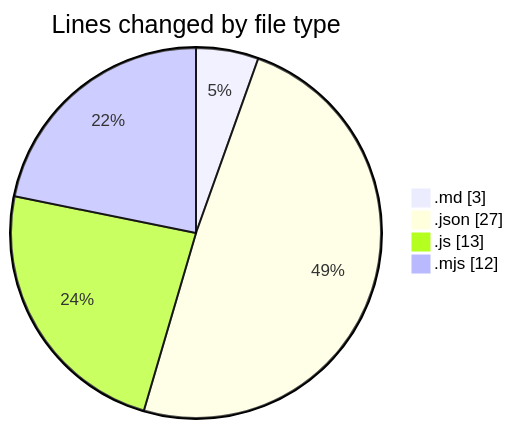
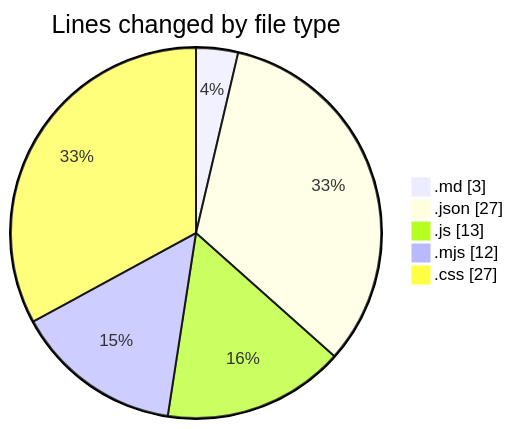
One commit to Ritupan-Deka/code-tracking changed the first of 2 diagrams in 2025-06-18/scopesketch-app/README.md. Above: the diagram before and after it, drawn with Mermaid. The commit also changed other lines of this file and 1 other file, not shown here.

````diff
--- a/2025-06-18/scopesketch-app/README.md
+++ b/2025-06-18/scopesketch-app/README.md
@@ -23,8 +24,9 @@
 ```mermaid
 pie showData
 title Lines changed by file type
 ".md" : 3
 ".json" : 27
 ".js" : 13
 ".mjs" : 12
+".css" : 27
 ```
````
